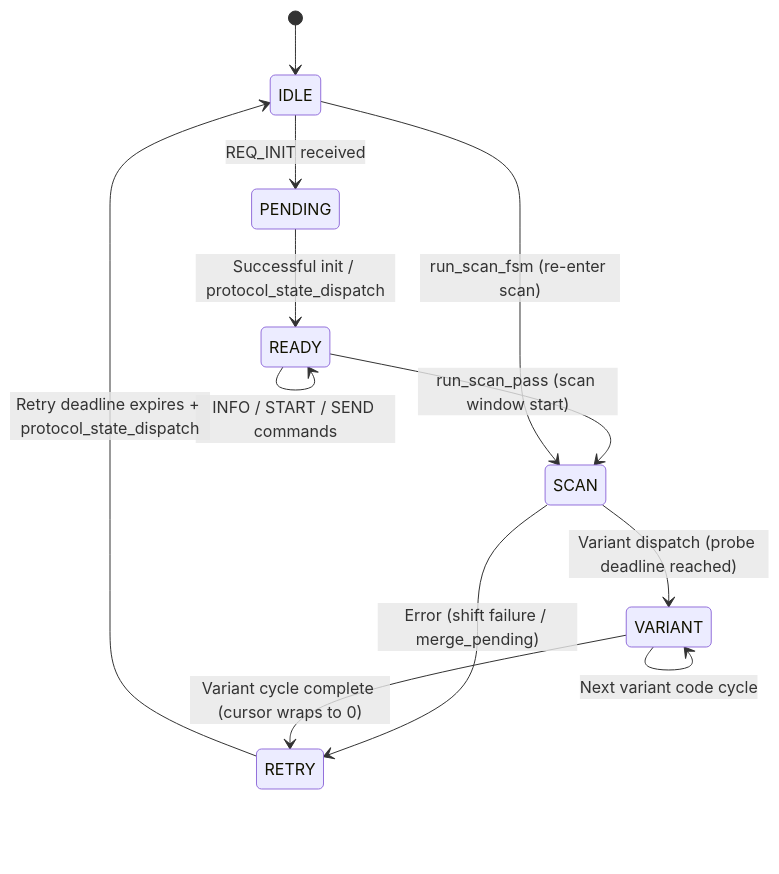
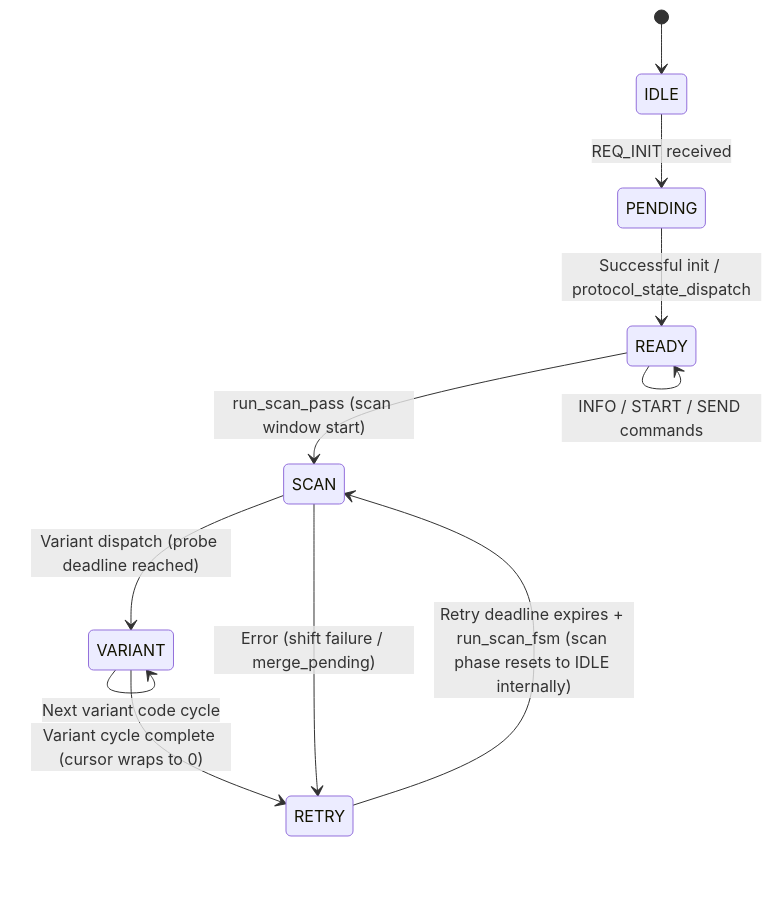
Before and after one commit to Project-Helianthus/helianthus-docs-ebus: the first of 5 diagrams in firmware/pic16f15356-fsm.md, drawn with Mermaid. The commit also changed 2 other files, not shown here.

Commit message:
docs: fix all 5 adversarial review findings
IMPORTANT fixes:
- overview.md: bootloader has 11 commands (not 10). PICBOOT_COMMAND_COUNT
  is 11 with _Static_assert enforcement. Fixed in Mermaid diagram and
  layer table.
- fsm.md: protocol state RETRY never transitions to IDLE — the protocol
  state remains RETRY while the scan phase resets to IDLE internally,
  then transitions directly to SCAN via run_scan_fsm. Fixed the Mermaid
  diagram: RETRY → SCAN (not RETRY → IDLE → SCAN).

MINOR fixes:
- overview.md: runtime.c line count ~1920 → ~1935 (verified via wc -l)
- overview.md: "15 rules enforced automatically" → "13 enforced
  automatically" (R5 skipped, R9 manual)
- registers.md: ISR dispatcher checks "3" pairs (not "up to 4") —
  matches the 3 handlers in code and the Mermaid diagram

````diff
--- a/firmware/pic16f15356-fsm.md
+++ b/firmware/pic16f15356-fsm.md
@@ -37,14 +37,13 @@
 ```mermaid
 stateDiagram-v2
     [*] --> IDLE
     IDLE --> PENDING : REQ_INIT received
     PENDING --> READY : Successful init / protocol_state_dispatch
     READY --> SCAN : run_scan_pass (scan window start)
     READY --> READY : INFO / START / SEND commands
     SCAN --> VARIANT : Variant dispatch (probe deadline reached)
     VARIANT --> VARIANT : Next variant code cycle
     SCAN --> RETRY : Error (shift failure / merge_pending)
     VARIANT --> RETRY : Variant cycle complete (cursor wraps to 0)
-    RETRY --> IDLE : Retry deadline expires + protocol_state_dispatch
-    IDLE --> SCAN : run_scan_fsm (re-enter scan)
+    RETRY --> SCAN : Retry deadline expires + run_scan_fsm (scan phase resets to IDLE internally)
 ```
````
